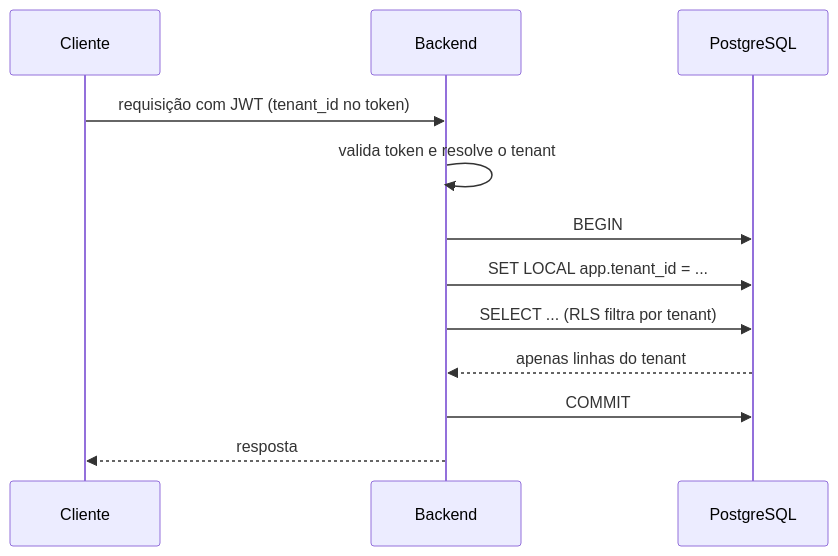
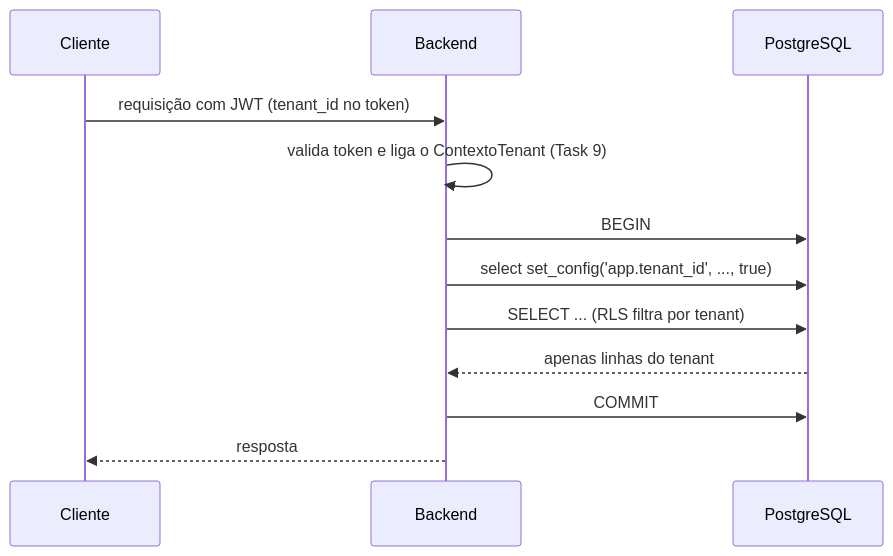
One commit to Titulize/boleto-docs changed the diagram in site/docs/arquitetura/multitenancy-e-auditoria.md. Above: the diagram before and after it, drawn with Mermaid. The commit also changed other lines of this file and 21 other files, not shown here.

Commit message:
docs(task-08): base multi-tenant e auditoria, ADRs 0036 a 0042 (#15)

````diff
--- a/site/docs/arquitetura/multitenancy-e-auditoria.md
+++ b/site/docs/arquitetura/multitenancy-e-auditoria.md
@@ -17,15 +17,15 @@
 ```mermaid
 sequenceDiagram
   participant C as Cliente
   participant B as Backend
   participant P as PostgreSQL
 
   C->>B: requisição com JWT (tenant_id no token)
-  B->>B: valida token e resolve o tenant
+  B->>B: valida token e liga o ContextoTenant (Task 9)
   B->>P: BEGIN
-  B->>P: SET LOCAL app.tenant_id = ...
+  B->>P: select set_config('app.tenant_id', ..., true)
   B->>P: SELECT ... (RLS filtra por tenant)
   P-->>B: apenas linhas do tenant
   B->>P: COMMIT
   B-->>C: resposta
 ```
````
